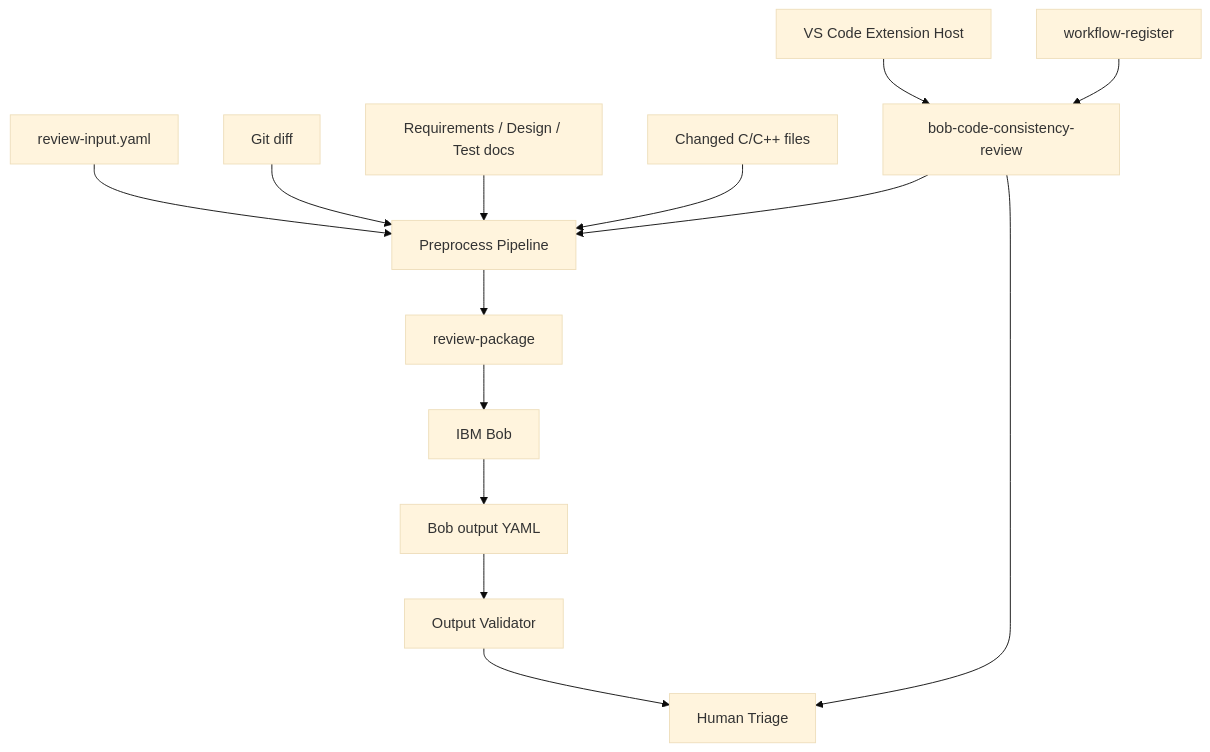
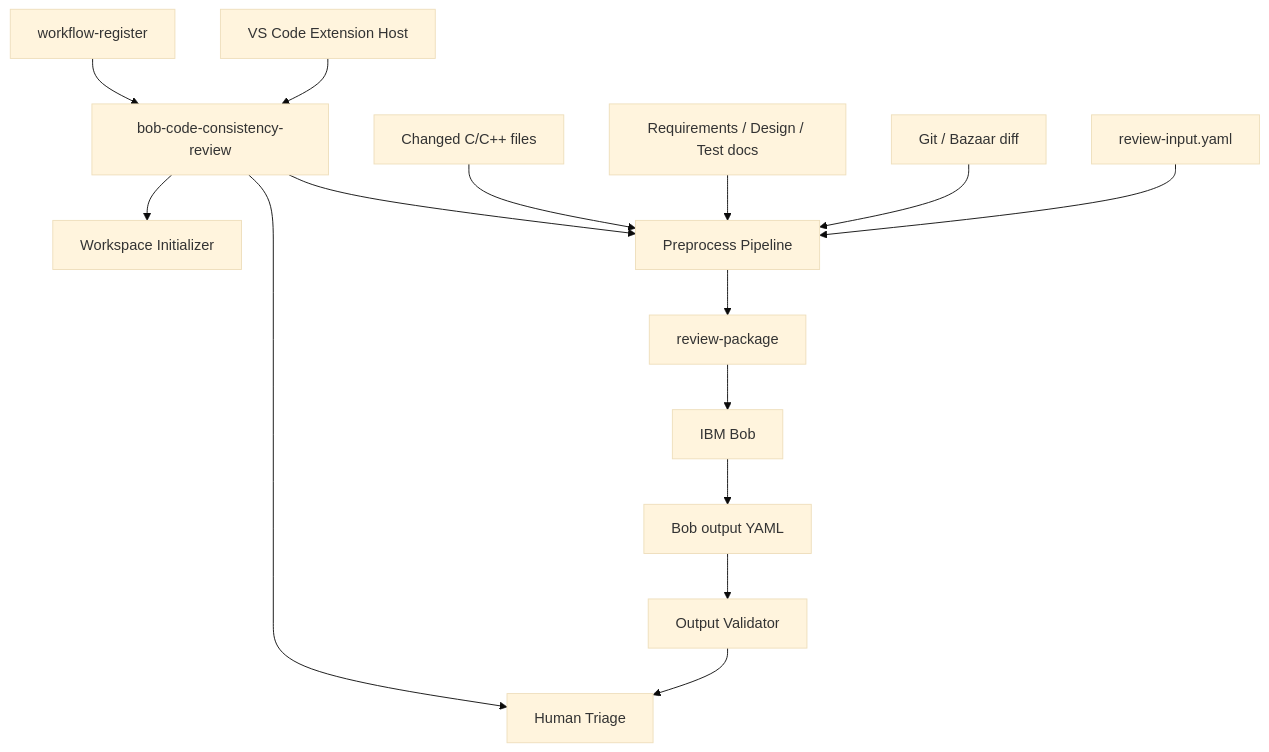
One commit to katamor1/CUSTUM_MODE changed the first of 3 diagrams in v2/extensions/bob-code-consistency-review/docs/basic-design-ja.md. Above: the diagram before and after it, drawn with Mermaid (base theme). The commit also changed other lines of this file and 59 other files, not shown here.

````diff
--- a/v2/extensions/bob-code-consistency-review/docs/basic-design-ja.md
+++ b/v2/extensions/bob-code-consistency-review/docs/basic-design-ja.md
@@ -61,30 +66,32 @@
 ```mermaid
 flowchart TD
   VSCode[VS Code Extension Host]
   WF[workflow-register]
   Ext[bob-code-consistency-review]
+  Init[Workspace Initializer]
   Input[review-input.yaml]
-  Git[Git diff]
+  VCS[Git / Bazaar diff]
   Docs[Requirements / Design / Test docs]
   Code[Changed C/C++ files]
   Preprocess[Preprocess Pipeline]
   Package[review-package]
   Bob[IBM Bob]
   Output[Bob output YAML]
   Validate[Output Validator]
   Triage[Human Triage]
 
   VSCode --> Ext
   WF --> Ext
+  Ext --> Init
   Input --> Preprocess
-  Git --> Preprocess
+  VCS --> Preprocess
   Docs --> Preprocess
   Code --> Preprocess
   Ext --> Preprocess
   Preprocess --> Package
   Package --> Bob
   Bob --> Output
   Output --> Validate
   Validate --> Triage
   Ext --> Triage
 ```
````
